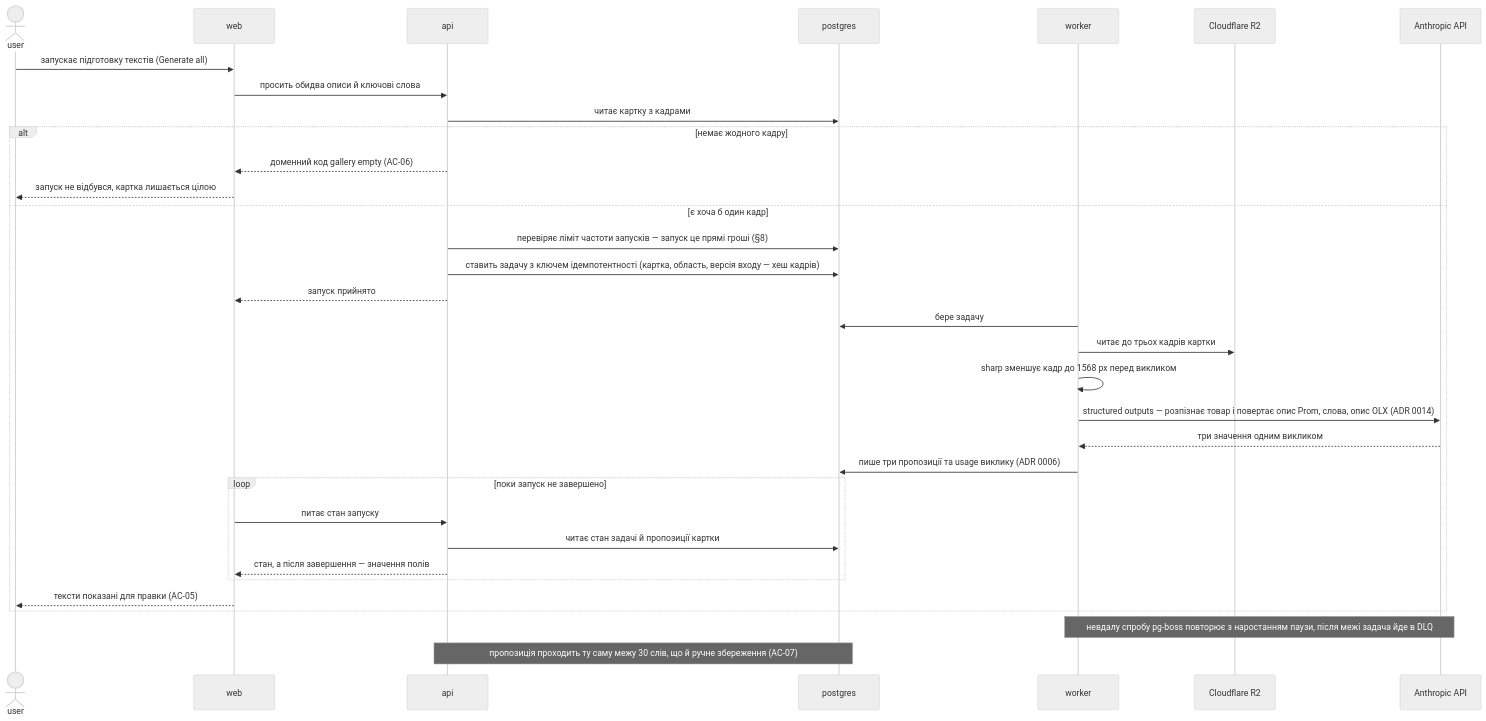
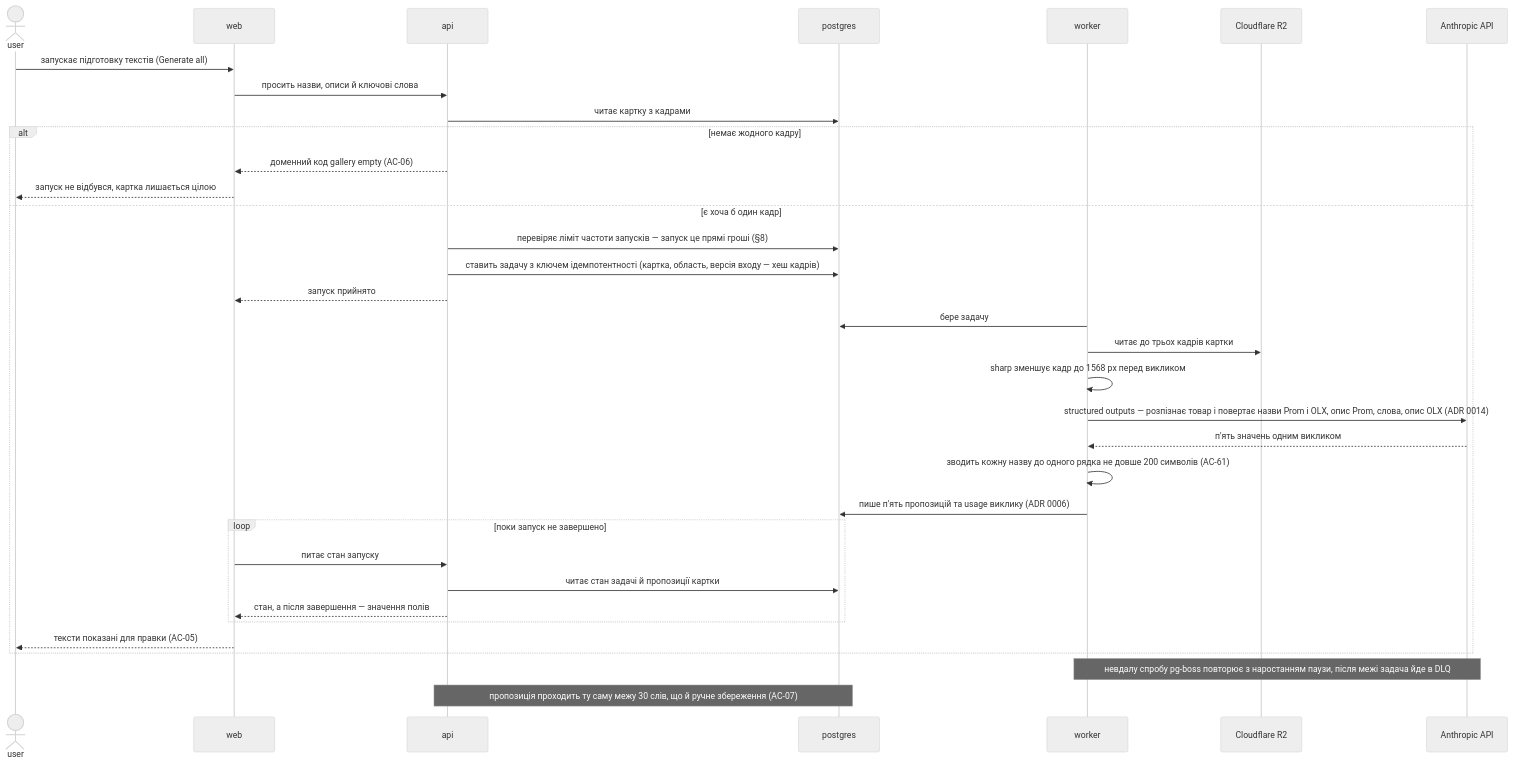
The ninth of 12 diagrams in docs/features/product-creation-flow/sad.md (sergy-litkovskiy/mouse-springconsult), drawn with Mermaid (neutral theme) before and after one commit. The commit also changed other lines of this file and 2 other files, not shown here.

Commit message:
docs(product-creation-flow): add both titles to the texts run in the PRD and SAD
US-03 and AC-05 now name both listing titles, AC-61 bounds a generated title
to one line of the column's length, and scenario 7 carries five values.

````diff
--- a/docs/features/product-creation-flow/sad.md
+++ b/docs/features/product-creation-flow/sad.md
@@ -610,36 +610,37 @@
 ```mermaid
 sequenceDiagram
     actor user
     participant web
     participant api
     participant pg as postgres
     participant worker
     participant r2 as Cloudflare R2
     participant anthropic as Anthropic API
 
     user->>web: запускає підготовку текстів (Generate all)
-    web->>api: просить обидва описи й ключові слова
+    web->>api: просить назви, описи й ключові слова
     api->>pg: читає картку з кадрами
     alt немає жодного кадру
         api-->>web: доменний код gallery empty (AC-06)
         web-->>user: запуск не відбувся, картка лишається цілою
     else є хоча б один кадр
         api->>pg: перевіряє ліміт частоти запусків — запуск це прямі гроші (§8)
         api->>pg: ставить задачу з ключем ідемпотентності (картка, область, версія входу — хеш кадрів)
         api-->>web: запуск прийнято
         worker->>pg: бере задачу
         worker->>r2: читає до трьох кадрів картки
         worker->>worker: sharp зменшує кадр до 1568 px перед викликом
-        worker->>anthropic: structured outputs — розпізнає товар і повертає опис Prom, слова, опис OLX (ADR 0014)
-        anthropic-->>worker: три значення одним викликом
-        worker->>pg: пише три пропозиції та usage виклику (ADR 0006)
+        worker->>anthropic: structured outputs — розпізнає товар і повертає назви Prom і OLX, опис Prom, слова, опис OLX (ADR 0014)
+        anthropic-->>worker: п'ять значень одним викликом
+        worker->>worker: зводить кожну назву до одного рядка не довше 200 символів (AC-61)
+        worker->>pg: пише п'ять пропозицій та usage виклику (ADR 0006)
         loop поки запуск не завершено
             web->>api: питає стан запуску
             api->>pg: читає стан задачі й пропозиції картки
             api-->>web: стан, а після завершення — значення полів
         end
         web-->>user: тексти показані для правки (AC-05)
     end
     Note over worker,anthropic: невдалу спробу pg-boss повторює з наростанням паузи, після межі задача йде в DLQ
     Note over api,pg: пропозиція проходить ту саму межу 30 слів, що й ручне збереження (AC-07)
 ```
````
